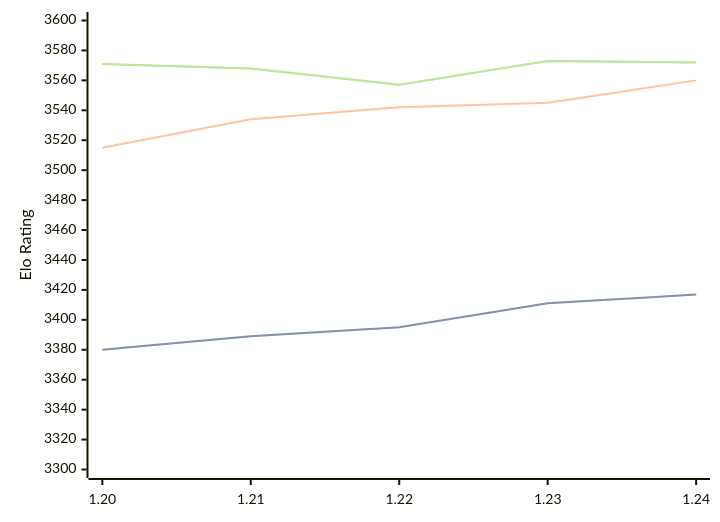
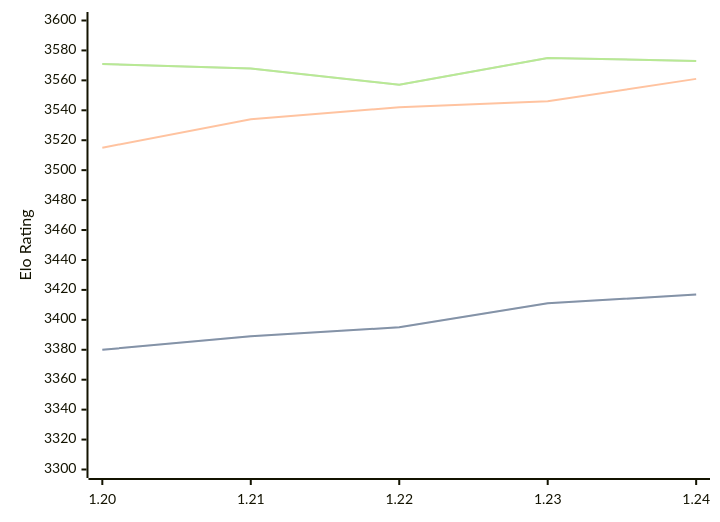
Before and after one commit to computer-chess-index/cci: the diagram in engines/Caissa.md, drawn with Mermaid. The commit also changed other lines of this file, not shown here.

Commit message:
Update CCI Ratings (ELO VLTC) - 2026-03-21

````diff
--- a/engines/Caissa.md
+++ b/engines/Caissa.md
@@ -64,11 +64,11 @@
 ```mermaid
 %%{init: {"theme":"base","themeVariables":{"seriesColors:['#a3a3a3','#222221','#faa371']}}}%%
 xychart-beta
   x-axis ["1.20", "1.21", "1.22", "1.23", "1.24"]
   y-axis "Elo Rating" 3300 --> 3600
   line "STC (8.0+0.08s)" [3380, 3389, 3395, 3411, 3417]
   line "STC (8.0+0.08s)" [3380, 3389, 3395, 3411, 3417]
-  line "LTC (60.0+0.60s)" [3515, 3534, 3542, 3545, 3560]
-  line "VLTC (2m24s+1.12s)" [3571, 3568, 3557, 3573, 3572]
-  line "VLTC (2m24s+1.12s)" [3571, 3568, 3557, 3573, 3572]
+  line "LTC (60.0+0.60s)" [3515, 3534, 3542, 3546, 3561]
+  line "VLTC (2m24s+1.12s)" [3571, 3568, 3557, 3575, 3573]
+  line "VLTC (2m24s+1.12s)" [3571, 3568, 3557, 3575, 3573]
 ```
````
